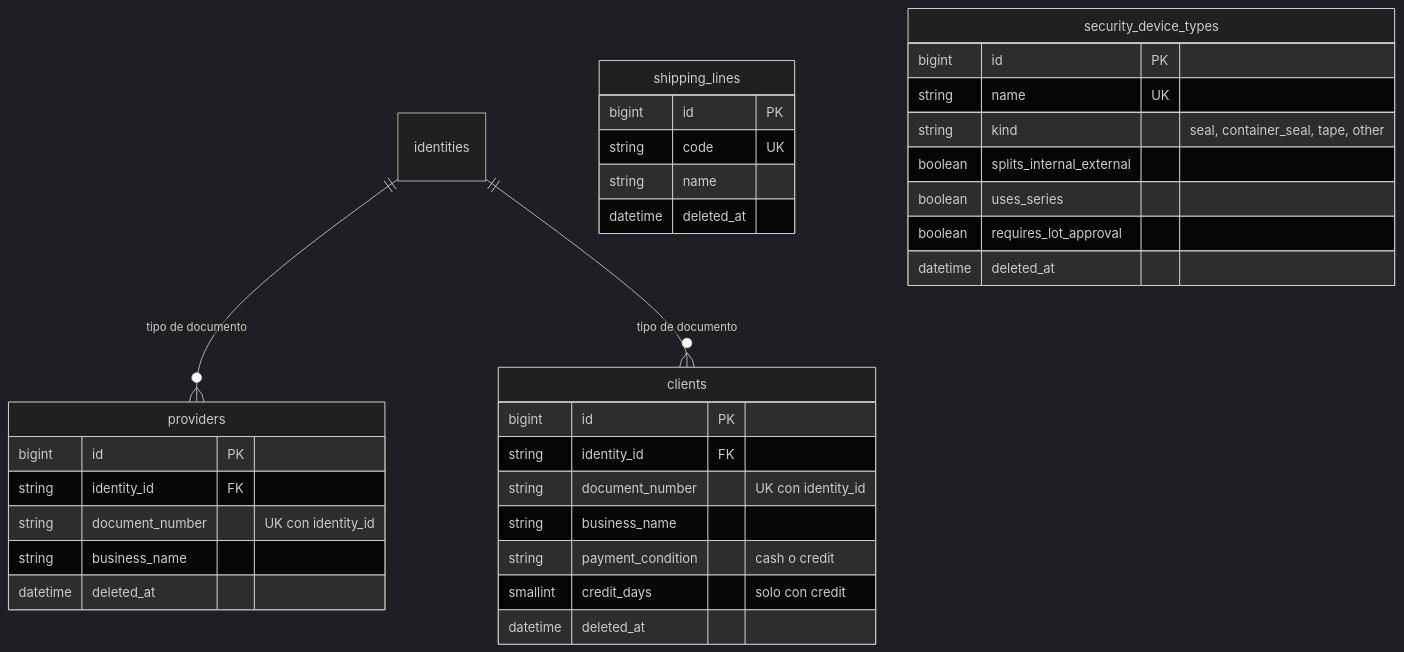
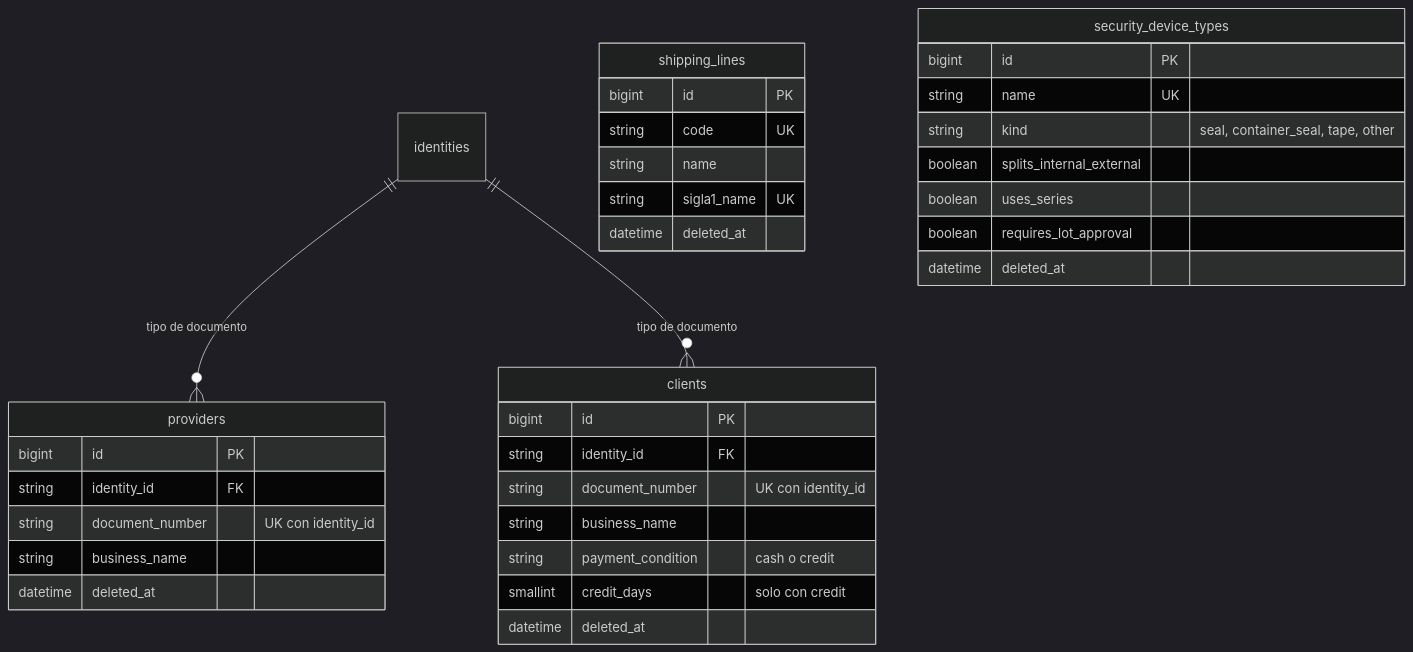
One commit to Cerati1998/SIGLA-TOS changed the second of 12 diagrams in docs/database.md. Above: the diagram before and after it, drawn with Mermaid (dark theme). The commit also changed other lines of this file and 3 other files, not shown here.

````diff
--- a/docs/database.md
+++ b/docs/database.md
@@ -126,37 +126,38 @@
 ```mermaid
 erDiagram
   identities ||--o{ providers : "tipo de documento"
   identities ||--o{ clients : "tipo de documento"
 
   shipping_lines {
     bigint id PK
     string code UK
     string name
+    string sigla1_name UK
     datetime deleted_at
   }
   providers {
     bigint id PK
     string identity_id FK
     string document_number "UK con identity_id"
     string business_name
     datetime deleted_at
   }
   clients {
     bigint id PK
     string identity_id FK
     string document_number "UK con identity_id"
     string business_name
     string payment_condition "cash o credit"
     smallint credit_days "solo con credit"
     datetime deleted_at
   }
   security_device_types {
     bigint id PK
     string name UK
     string kind "seal, container_seal, tape, other"
     boolean splits_internal_external
     boolean uses_series
     boolean requires_lot_approval
     datetime deleted_at
   }
 ```
````
